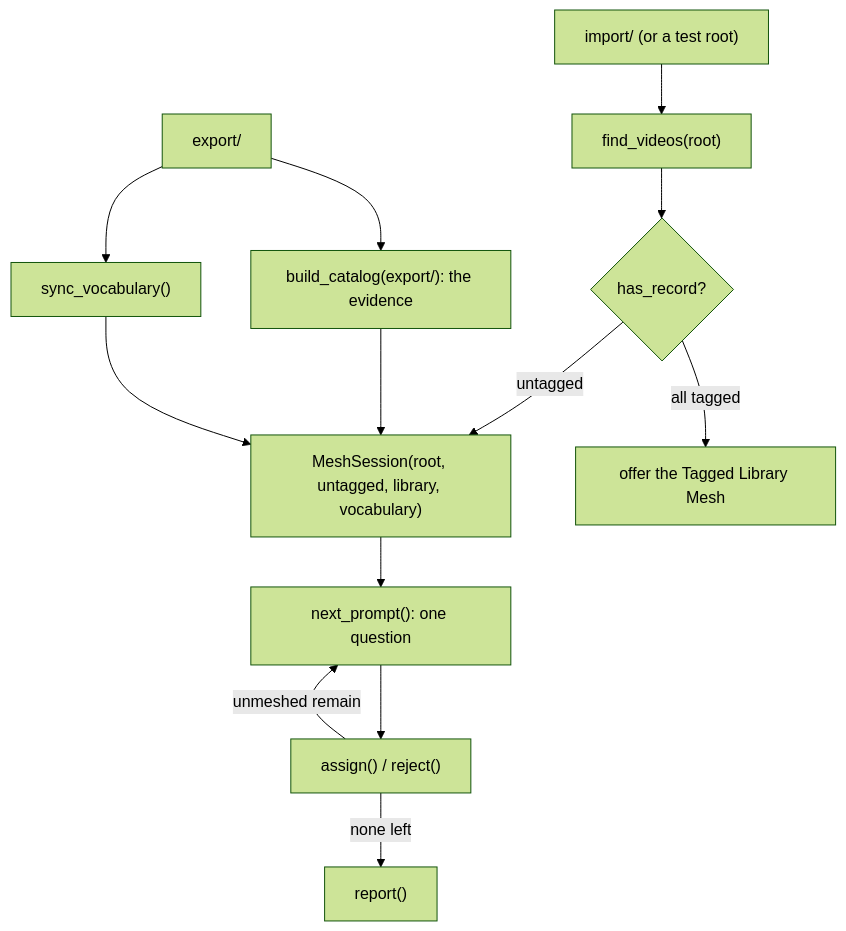
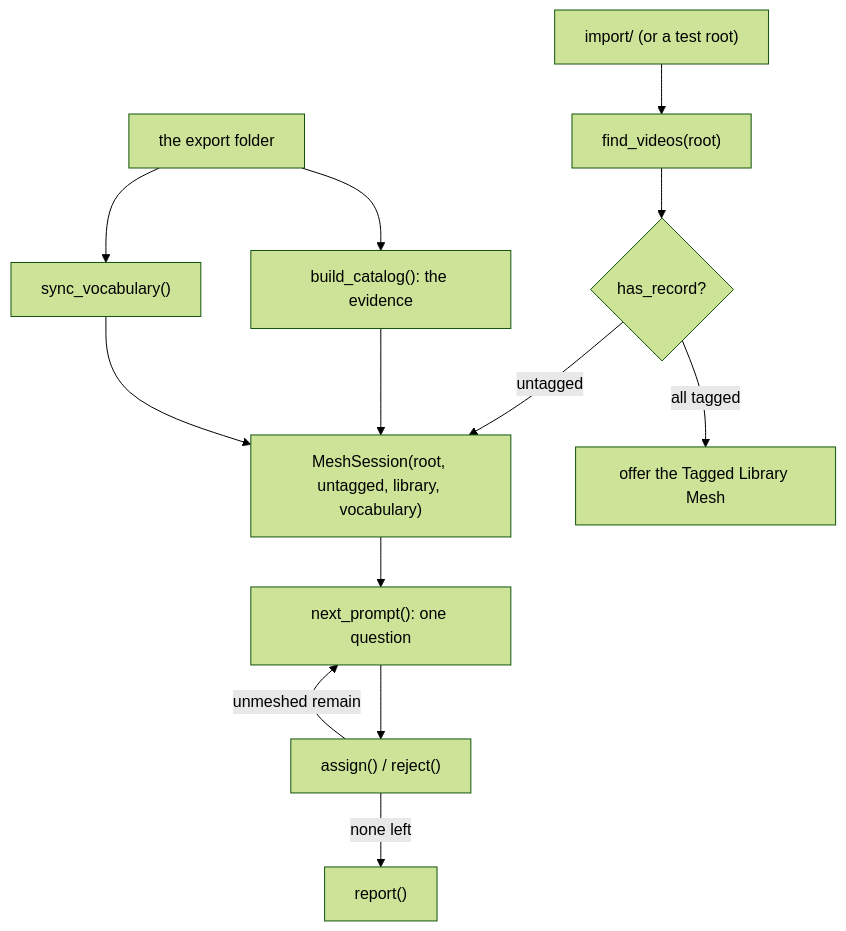
One commit to trafficman/commcut changed the second of 2 diagrams in docs/importing.md. Above: the diagram before and after it, drawn with Mermaid (forest theme). The commit also changed other lines of this file and 25 other files, not shown here.

Commit message:
#43, implement ability for user to change export folder

````diff
--- a/docs/importing.md
+++ b/docs/importing.md
@@ -285,15 +299,15 @@
 ```mermaid
 flowchart TD
     Root["import/ (or a test root)"] --> Find["find_videos(root)"]
-    Lib["export/"] --> Sync["sync_vocabulary()"]
-    Lib --> Cat["build_catalog(export/): the evidence"]
+    Lib["the export folder"] --> Sync["sync_vocabulary()"]
+    Lib --> Cat["build_catalog(): the evidence"]
     Find --> Part{"has_record?"}
     Part -->|"untagged"| Sess["MeshSession(root, untagged, library, vocabulary)"]
     Cat --> Sess
     Sync --> Sess
     Sess --> Prompt["next_prompt(): one question"]
     Prompt --> Assign["assign() / reject()"]
     Assign -->|"unmeshed remain"| Prompt
     Assign -->|"none left"| Report["report()"]
     Part -->|"all tagged"| Values["offer the Tagged Library Mesh"]
 ```
````
